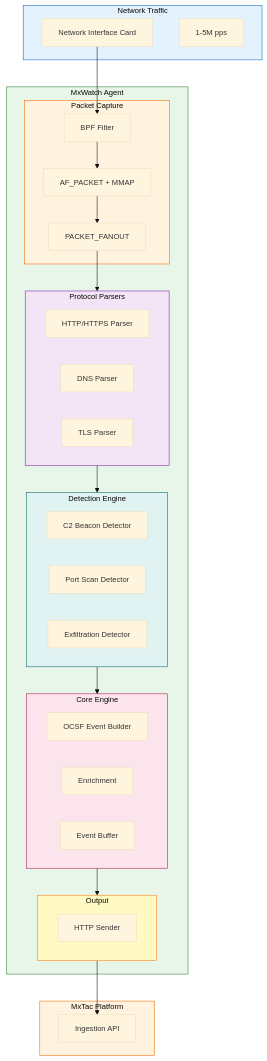
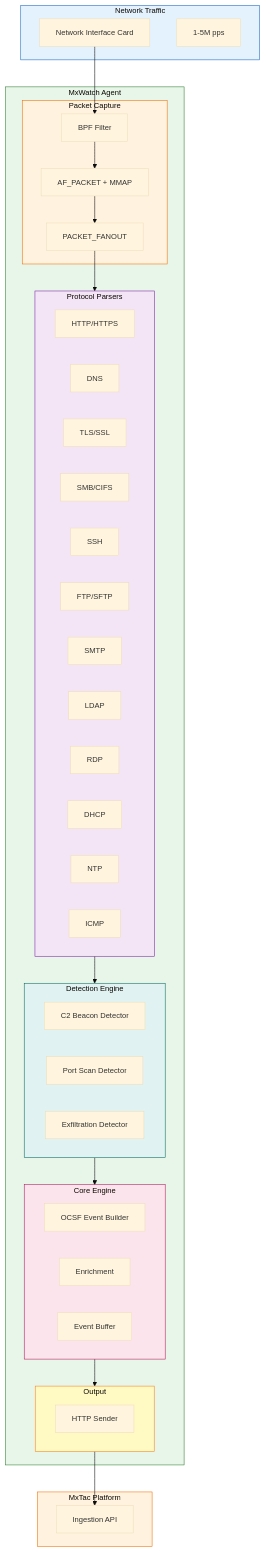
The first of 2 diagrams in agents/mxwatch/01-ARCHITECTURE.md (fankh/mxtac), drawn with Mermaid before and after one commit. The commit also changed other lines of this file and 1 other file, not shown here.

````diff
--- a/agents/mxwatch/01-ARCHITECTURE.md
+++ b/agents/mxwatch/01-ARCHITECTURE.md
@@ -24,60 +24,69 @@
 ```mermaid
 %%{init: {'theme': 'base', 'themeVariables': { 'fontSize': '14px' }, 'flowchart': { 'useMaxWidth': true }}}%%
 flowchart TB
     subgraph Network["Network Traffic"]
         style Network fill:#e3f2fd,stroke:#1565c0
         NIC[Network Interface Card]
         PACKETS[1-5M pps]
     end
 
     subgraph Agent["MxWatch Agent"]
         style Agent fill:#e8f5e9,stroke:#2e7d32
 
         subgraph Capture["Packet Capture"]
             style Capture fill:#fff3e0,stroke:#ef6c00
             AFPACKET[AF_PACKET + MMAP]
             BPF[BPF Filter]
             FANOUT[PACKET_FANOUT]
         end
 
         subgraph Parsers["Protocol Parsers"]
             style Parsers fill:#f3e5f5,stroke:#7b1fa2
-            HTTP[HTTP/HTTPS Parser]
-            DNS[DNS Parser]
-            TLS[TLS Parser]
+            HTTP[HTTP/HTTPS]
+            DNS[DNS]
+            TLS[TLS/SSL]
+            SMB[SMB/CIFS]
+            SSH[SSH]
+            FTP[FTP/SFTP]
+            SMTP[SMTP]
+            LDAP[LDAP]
+            RDP[RDP]
+            DHCP[DHCP]
+            NTP[NTP]
+            ICMP[ICMP]
         end
 
         subgraph Detection["Detection Engine"]
             style Detection fill:#e0f2f1,stroke:#00695c
             C2[C2 Beacon Detector]
             SCAN[Port Scan Detector]
             EXFIL[Exfiltration Detector]
         end
 
         subgraph Core["Core Engine"]
             style Core fill:#fce4ec,stroke:#ad1457
             BUILDER[OCSF Event Builder]
             ENRICH[Enrichment]
             BUFFER[Event Buffer]
         end
 
         subgraph Output["Output"]
             style Output fill:#fff9c4,stroke:#f57f17
             HTTP_OUT[HTTP Sender]
         end
     end
 
     subgraph Platform["MxTac Platform"]
         style Platform fill:#fff3e0,stroke:#ef6c00
         API[Ingestion API]
     end
 
     NIC --> BPF
     BPF --> AFPACKET
     AFPACKET --> FANOUT
     FANOUT --> Parsers
     Parsers --> Detection
     Detection --> Core
     Core --> Output
     Output --> API
 ```
````
